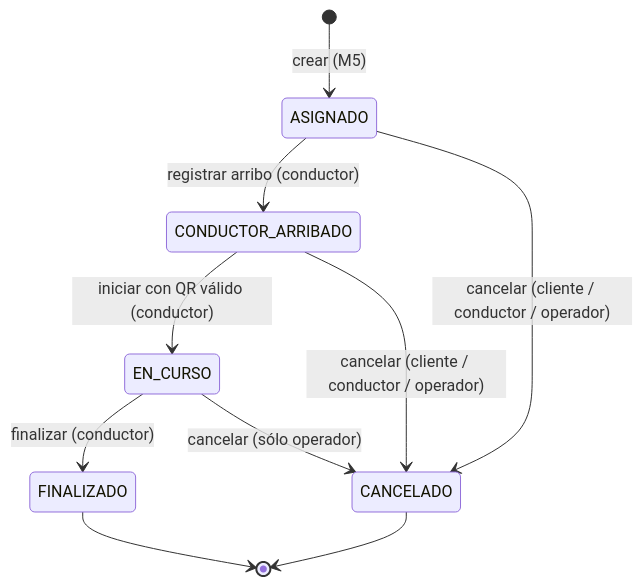
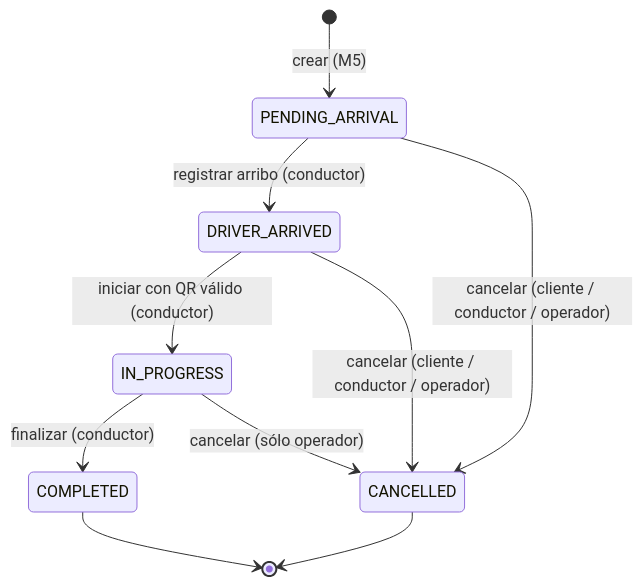
One commit to santileconte/grupo-5-dds-M6 changed the diagram in docs/m6/maquina-de-estados.md. Above: the diagram before and after it, drawn with Mermaid. The commit also changed other lines of this file and 55 other files, not shown here.

````diff
--- a/docs/m6/maquina-de-estados.md
+++ b/docs/m6/maquina-de-estados.md
@@ -31,14 +31,14 @@
 ```mermaid
 stateDiagram-v2
-    [*] --> ASIGNADO : crear (M5)
-    ASIGNADO --> CONDUCTOR_ARRIBADO : registrar arribo (conductor)
-    CONDUCTOR_ARRIBADO --> EN_CURSO : iniciar con QR válido (conductor)
-    EN_CURSO --> FINALIZADO : finalizar (conductor)
+    [*] --> PENDING_ARRIVAL : crear (M5)
+    PENDING_ARRIVAL --> DRIVER_ARRIVED : registrar arribo (conductor)
+    DRIVER_ARRIVED --> IN_PROGRESS : iniciar con QR válido (conductor)
+    IN_PROGRESS --> COMPLETED : finalizar (conductor)
 
-    ASIGNADO --> CANCELADO : cancelar (cliente / conductor / operador)
-    CONDUCTOR_ARRIBADO --> CANCELADO : cancelar (cliente / conductor / operador)
-    EN_CURSO --> CANCELADO : cancelar (sólo operador)
+    PENDING_ARRIVAL --> CANCELLED : cancelar (cliente / conductor / operador)
+    DRIVER_ARRIVED --> CANCELLED : cancelar (cliente / conductor / operador)
+    IN_PROGRESS --> CANCELLED : cancelar (sólo operador)
 
-    FINALIZADO --> [*]
-    CANCELADO --> [*]
+    COMPLETED --> [*]
+    CANCELLED --> [*]
 ```
````
